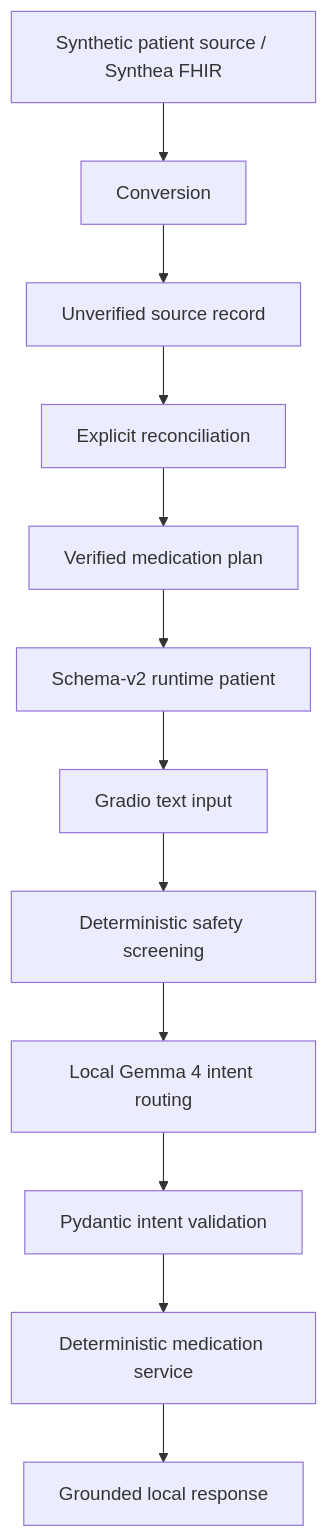
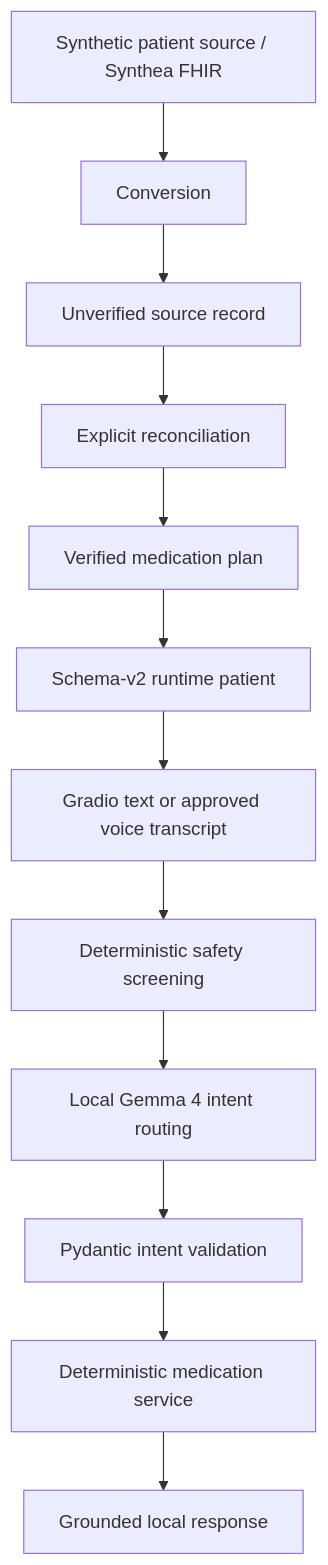
Before and after one commit to akshayatam/medicopilot: the diagram in README.md, drawn with Mermaid. The commit also changed other lines of this file and 18 other files, not shown here.

````diff
--- a/README.md
+++ b/README.md
@@ -13,14 +13,14 @@
 ```mermaid
 flowchart TD
     A[Synthetic patient source / Synthea FHIR] --> B[Conversion]
     B --> C[Unverified source record]
     C --> D[Explicit reconciliation]
     D --> E[Verified medication plan]
     E --> F[Schema-v2 runtime patient]
-    F --> G[Gradio text input]
+    F --> G[Gradio text or approved voice transcript]
     G --> H[Deterministic safety screening]
     H --> I[Local Gemma 4 intent routing]
     I --> J[Pydantic intent validation]
     J --> K[Deterministic medication service]
     K --> L[Grounded local response]
 ```
````
